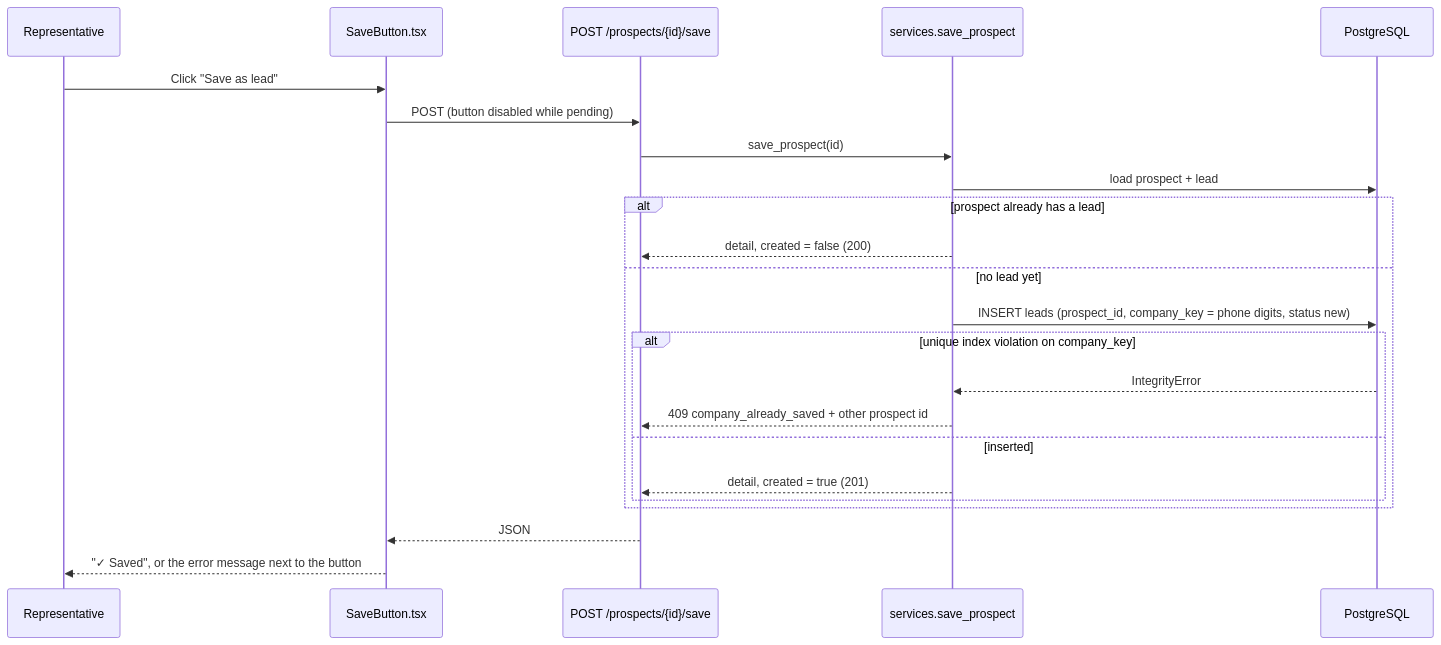
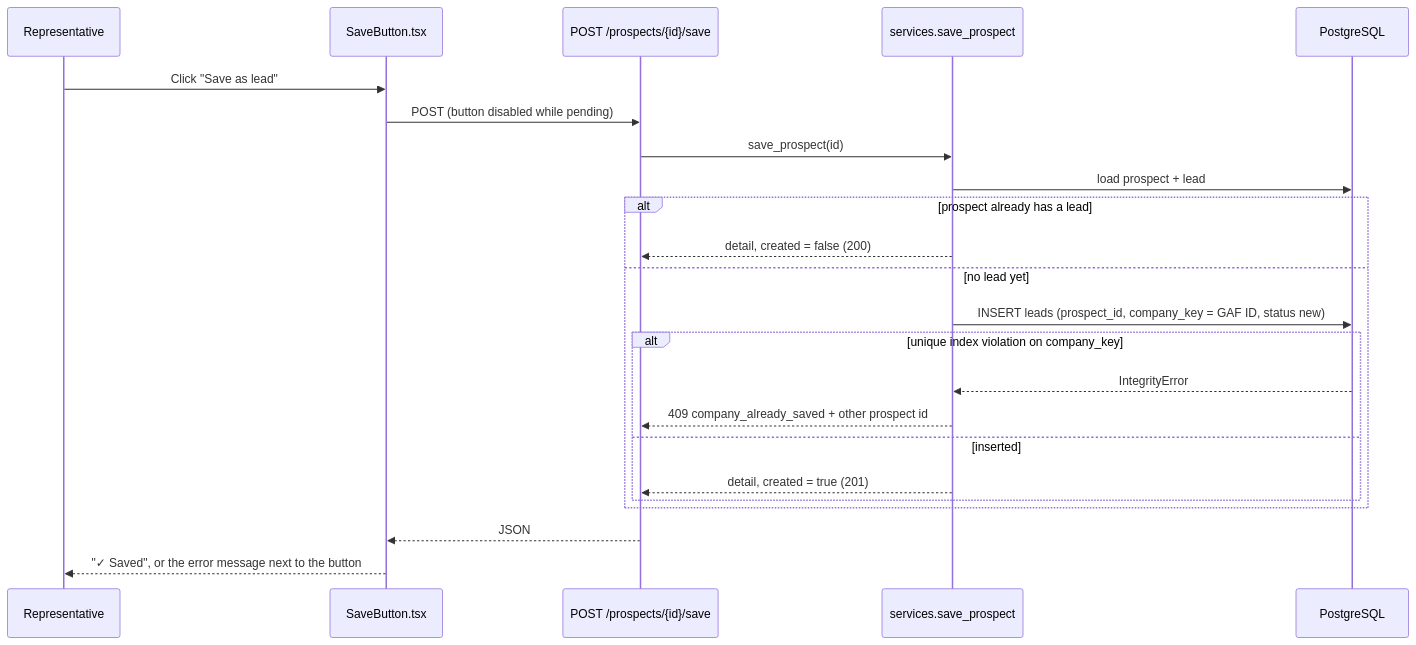
Before and after one commit to ananya2712/roofing-lead-intel: the second of 3 diagrams in docs/ARCHITECTURE_AND_DESIGN.md, drawn with Mermaid. The commit also changed other lines of this file and 41 other files, not shown here.

````diff
--- a/docs/ARCHITECTURE_AND_DESIGN.md
+++ b/docs/ARCHITECTURE_AND_DESIGN.md
@@ -142,25 +142,25 @@
 ```mermaid
 sequenceDiagram
   participant U as Representative
   participant SB as SaveButton.tsx
   participant API as POST /prospects/{id}/save
   participant S as services.save_prospect
   participant DB as PostgreSQL
   U->>SB: Click "Save as lead"
   SB->>API: POST (button disabled while pending)
   API->>S: save_prospect(id)
   S->>DB: load prospect + lead
   alt prospect already has a lead
     S-->>API: detail, created = false (200)
   else no lead yet
-    S->>DB: INSERT leads (prospect_id, company_key = phone digits, status new)
+    S->>DB: INSERT leads (prospect_id, company_key = GAF ID, status new)
     alt unique index violation on company_key
       DB-->>S: IntegrityError
       S-->>API: 409 company_already_saved + other prospect id
     else inserted
       S-->>API: detail, created = true (201)
     end
   end
   API-->>SB: JSON
   SB-->>U: "✓ Saved", or the error message next to the button
 ```
````
